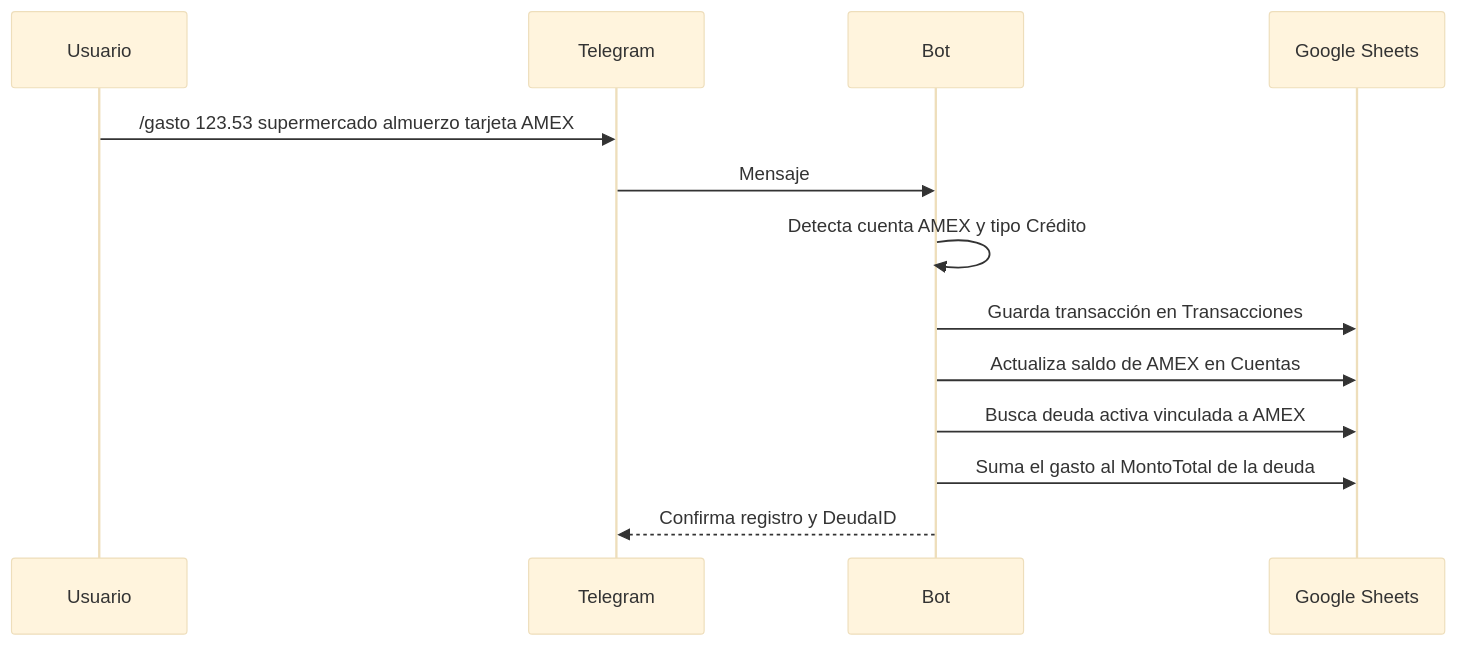
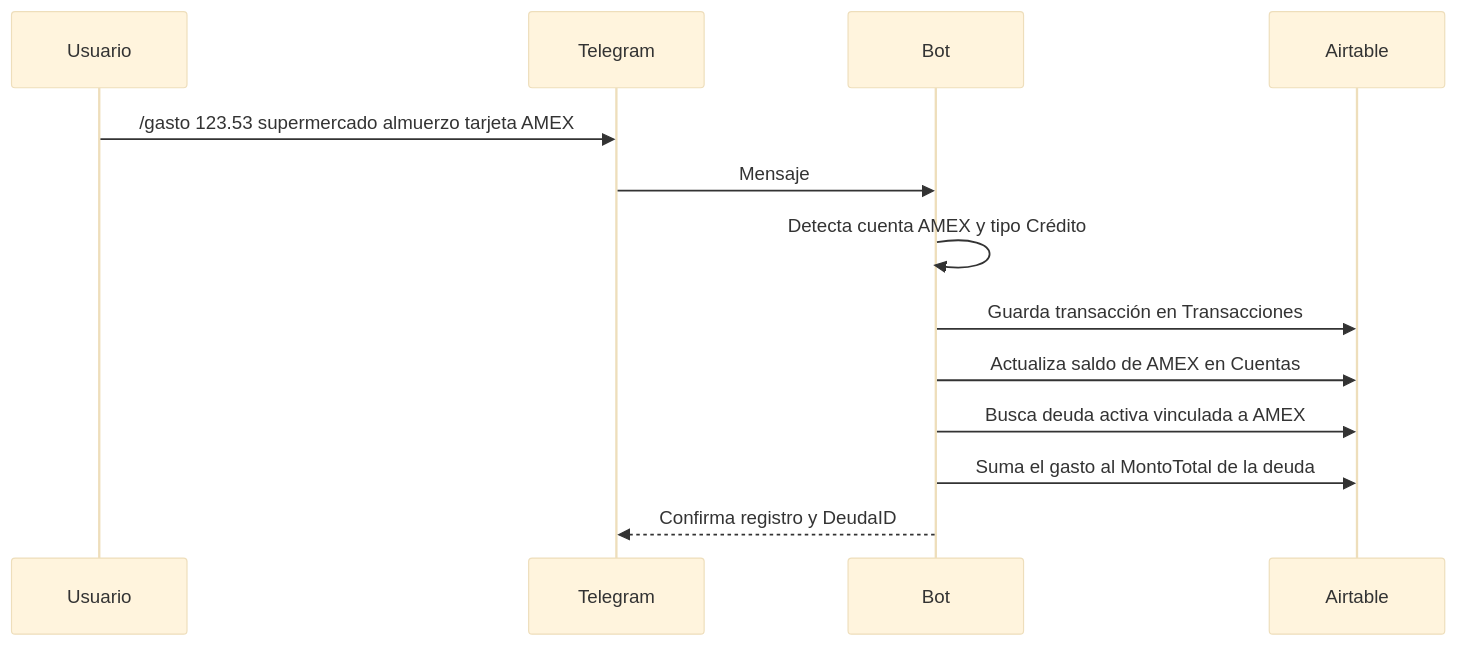
The second of 3 diagrams in README.md (maishet/finanzas-bot), drawn with Mermaid (base theme) before and after one commit. The commit also changed other lines of this file and 7 other files, not shown here.

````diff
--- a/README.md
+++ b/README.md
@@ -90,16 +174,16 @@
 ```mermaid
 sequenceDiagram
 	participant U as Usuario
 	participant T as Telegram
 	participant B as Bot
-	participant S as Google Sheets
+	participant S as Airtable
 
 	U->>T: /gasto 123.53 supermercado almuerzo tarjeta AMEX
 	T->>B: Mensaje
 	B->>B: Detecta cuenta AMEX y tipo Crédito
 	B->>S: Guarda transacción en Transacciones
 	B->>S: Actualiza saldo de AMEX en Cuentas
 	B->>S: Busca deuda activa vinculada a AMEX
 	B->>S: Suma el gasto al MontoTotal de la deuda
 	B-->>T: Confirma registro y DeudaID
 ```
````
